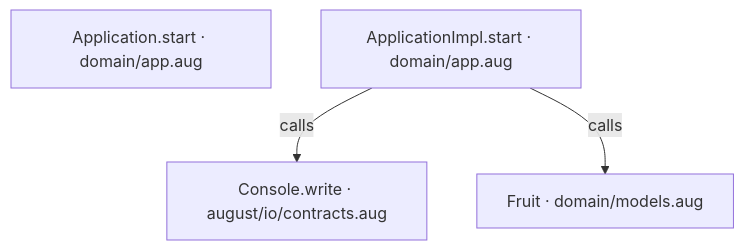
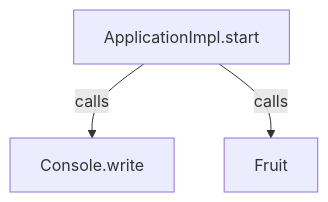
One commit to GreenPandaStudios/augscript changed the second of 3 diagrams in docs/examples/approved-design/domain/app-diagrams.md. Above: the diagram before and after it, drawn with Mermaid. The commit also changed other lines of this file and 524 other files, not shown here.

Commit message:
Explain checked data flow at folder and service levels

````diff
--- a/docs/examples/approved-design/domain/app-diagrams.md
+++ b/docs/examples/approved-design/domain/app-diagrams.md
@@ -33,9 +31,8 @@
 ```mermaid
 flowchart TD
-    n0["Console.write · august/io/contracts.aug"]
-    n1["Application.start · domain/app.aug"]
-    n2["ApplicationImpl.start · domain/app.aug"]
-    n3["Fruit · domain/models.aug"]
-    n2 -->|"calls"| n0
-    n2 -->|"calls"| n3
+    n0["Console.write"]
+    n1["ApplicationImpl.start"]
+    n2["Fruit"]
+    n1 -->|"calls"| n0
+    n1 -->|"calls"| n2
 ```
````
